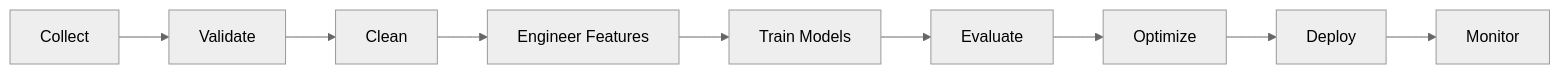
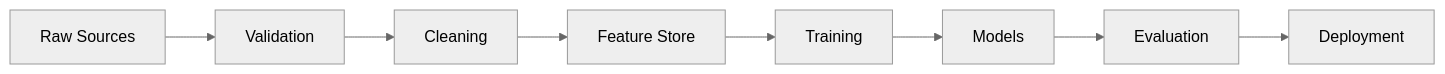
The fourth of 9 diagrams in README.md (sai-ganesh-4539/StatVault), drawn with Mermaid (neutral theme) before and after one commit. The commit also changed other lines of this file, not shown here.

````diff
--- a/README.md
+++ b/README.md
@@ -108,21 +83,19 @@
 ```mermaid
 flowchart LR
 
-A[Collect]
+A[Raw Sources]
 
-A --> B[Validate]
+A --> B[Validation]
 
-B --> C[Clean]
+B --> C[Cleaning]
 
-C --> D[Engineer Features]
+C --> D[Feature Store]
 
-D --> E[Train Models]
+D --> E[Training]
 
-E --> F[Evaluate]
+E --> F[Models]
 
-F --> G[Optimize]
+F --> G[Evaluation]
 
-G --> H[Deploy]
-
-H --> I[Monitor]
+G --> H[Deployment]
 ```
````
